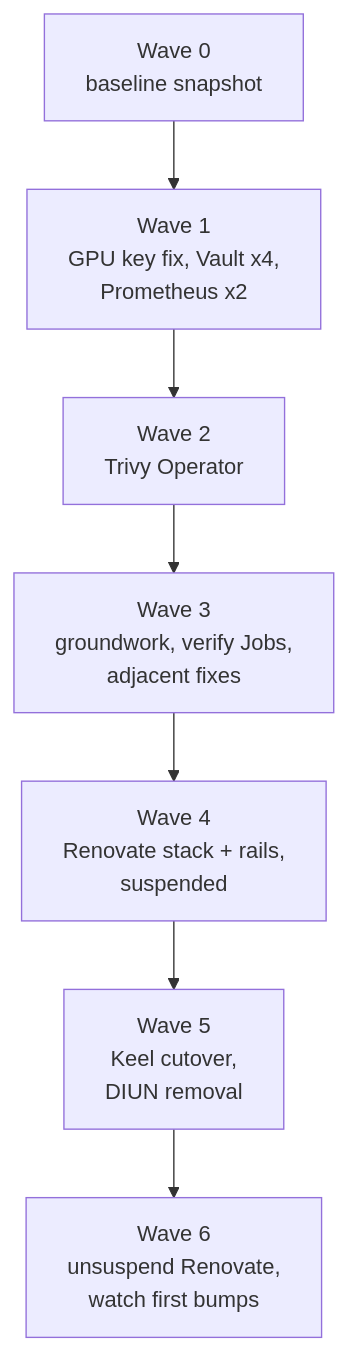
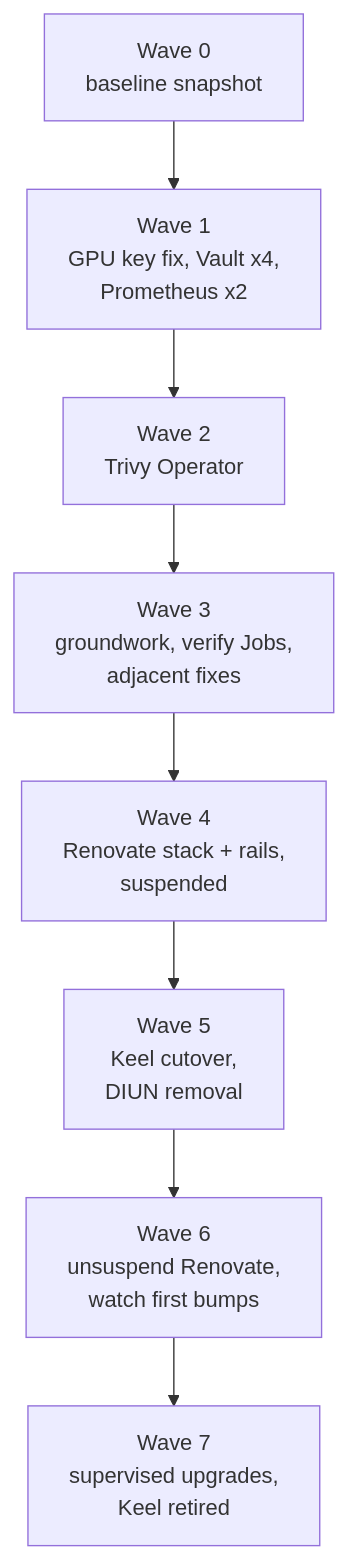
One commit to ViktorBarzin/infra changed the third of 3 diagrams in docs/plans/2026-10-09-software-currency-design.md. Above: the diagram before and after it, drawn with Mermaid. The commit also changed other lines of this file and 2 other files, not shown here.

First line of the commit message:
docs: record the 2026-10-12 supervised upgrades and the remaining holds

````diff
--- a/docs/plans/2026-10-09-software-currency-design.md
+++ b/docs/plans/2026-10-09-software-currency-design.md
@@ -256,9 +256,10 @@
 ```mermaid
 flowchart TD
   W0[Wave 0<br/>baseline snapshot] --> W1[Wave 1<br/>GPU key fix, Vault x4,<br/>Prometheus x2]
   W1 --> W2[Wave 2<br/>Trivy Operator]
   W2 --> W3[Wave 3<br/>groundwork, verify Jobs,<br/>adjacent fixes]
   W3 --> W4[Wave 4<br/>Renovate stack + rails,<br/>suspended]
   W4 --> W5[Wave 5<br/>Keel cutover,<br/>DIUN removal]
   W5 --> W6[Wave 6<br/>unsuspend Renovate,<br/>watch first bumps]
+  W6 --> W7[Wave 7<br/>supervised upgrades,<br/>Keel retired]
 ```
````
